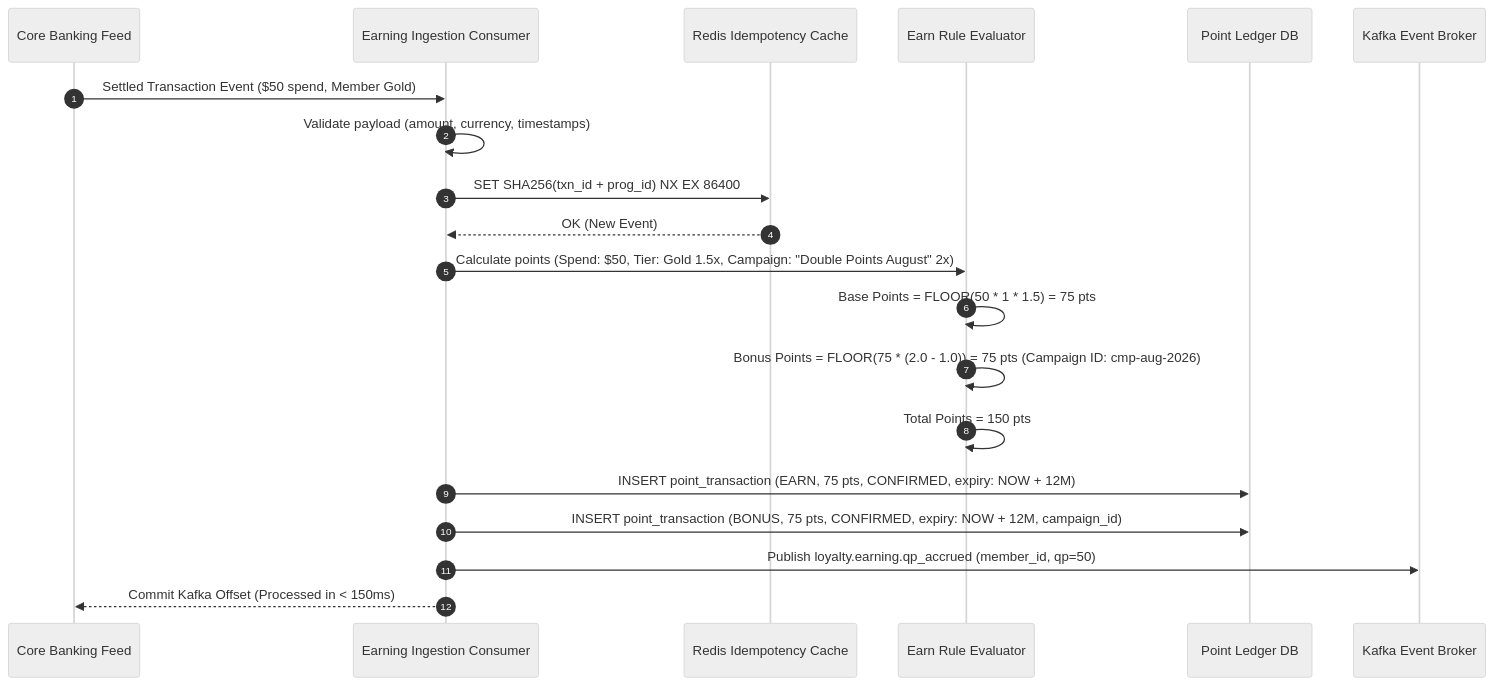
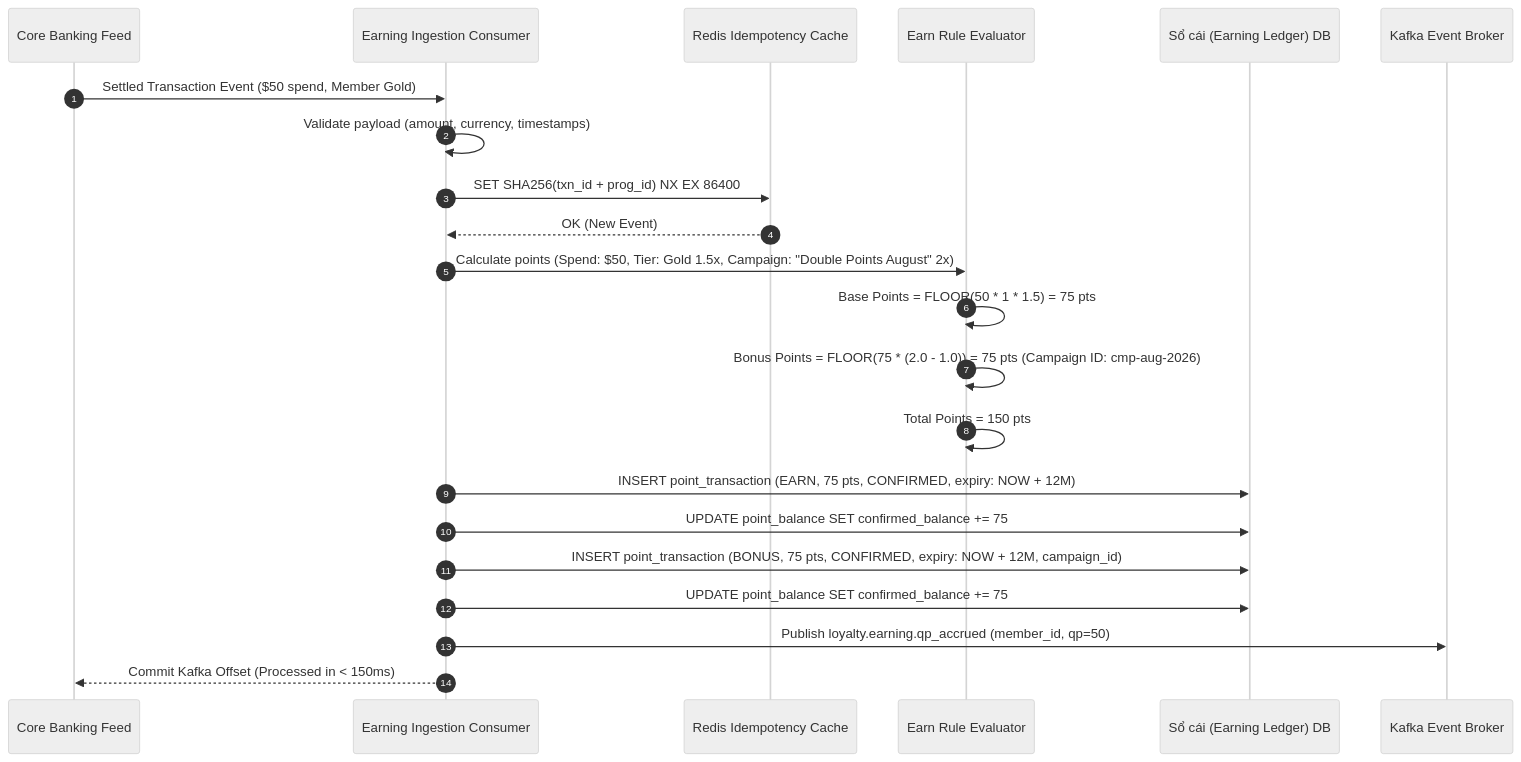
The second of 4 diagrams in design/DD-01-earning-engine.md (quangvtuet/loyalty_system_docs), drawn with Mermaid (neutral theme) before and after one commit. The commit also changed other lines of this file and 18 other files, not shown here.

````diff
--- a/design/DD-01-earning-engine.md
+++ b/design/DD-01-earning-engine.md
@@ -90,26 +90,28 @@
 ```mermaid
 sequenceDiagram
     autonumber
     participant CB as Core Banking Feed
     participant Consumer as Earning Ingestion Consumer
     participant Redis as Redis Idempotency Cache
     participant Engine as Earn Rule Evaluator
-    participant Ledger as Point Ledger DB
+    participant Ledger as Sổ cái (Earning Ledger) DB
     participant Kafka as Kafka Event Broker
 
     CB->>Consumer: Settled Transaction Event ($50 spend, Member Gold)
     Consumer->>Consumer: Validate payload (amount, currency, timestamps)
     Consumer->>Redis: SET SHA256(txn_id + prog_id) NX EX 86400
     Redis-->>Consumer: OK (New Event)
 
     Consumer->>Engine: Calculate points (Spend: $50, Tier: Gold 1.5x, Campaign: "Double Points August" 2x)
     Engine->>Engine: Base Points = FLOOR(50 * 1 * 1.5) = 75 pts
     Engine->>Engine: Bonus Points = FLOOR(75 * (2.0 - 1.0)) = 75 pts (Campaign ID: cmp-aug-2026)
     Engine->>Engine: Total Points = 150 pts
 
     Consumer->>Ledger: INSERT point_transaction (EARN, 75 pts, CONFIRMED, expiry: NOW + 12M)
+    Consumer->>Ledger: UPDATE point_balance SET confirmed_balance += 75
     Consumer->>Ledger: INSERT point_transaction (BONUS, 75 pts, CONFIRMED, expiry: NOW + 12M, campaign_id)
+    Consumer->>Ledger: UPDATE point_balance SET confirmed_balance += 75
     Consumer->>Kafka: Publish loyalty.earning.qp_accrued (member_id, qp=50)
 
     Consumer-->>CB: Commit Kafka Offset (Processed in < 150ms)
 ```
````
